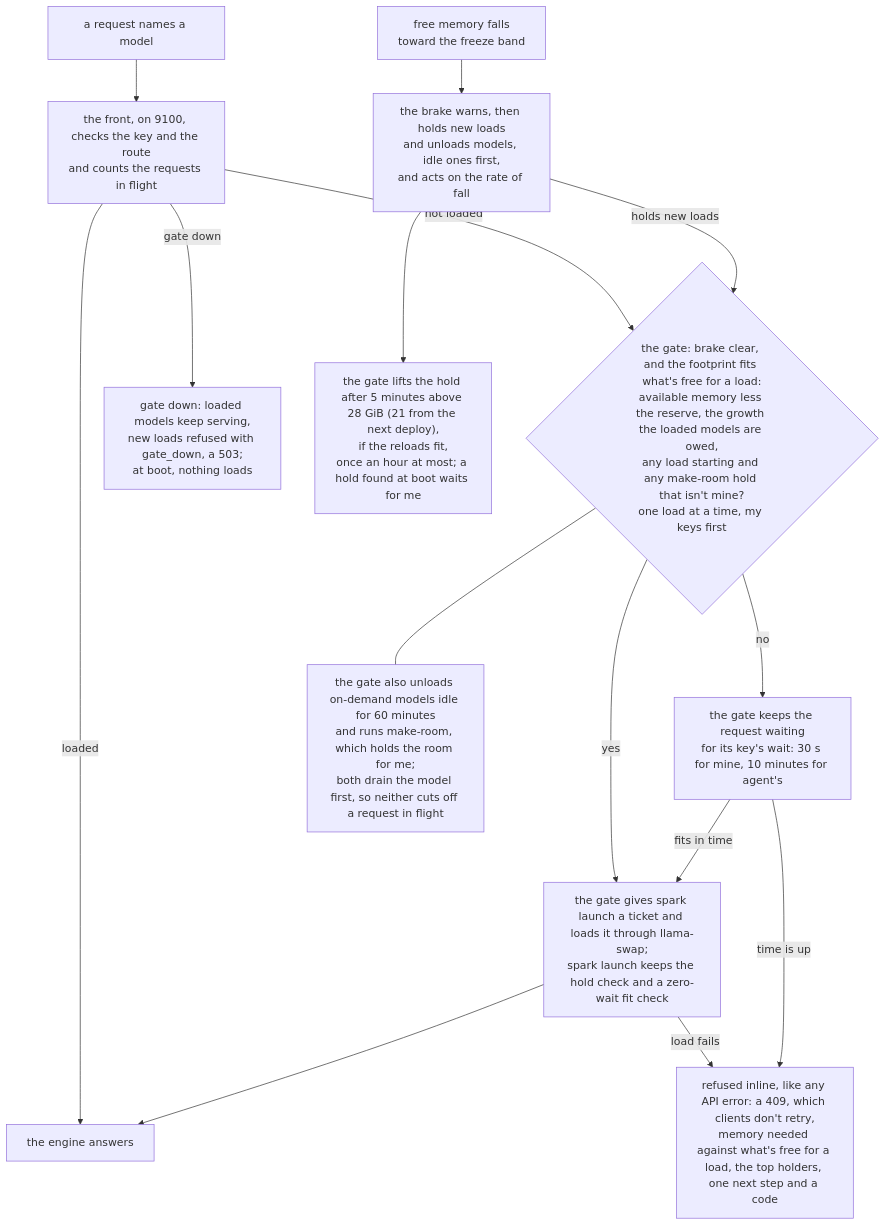
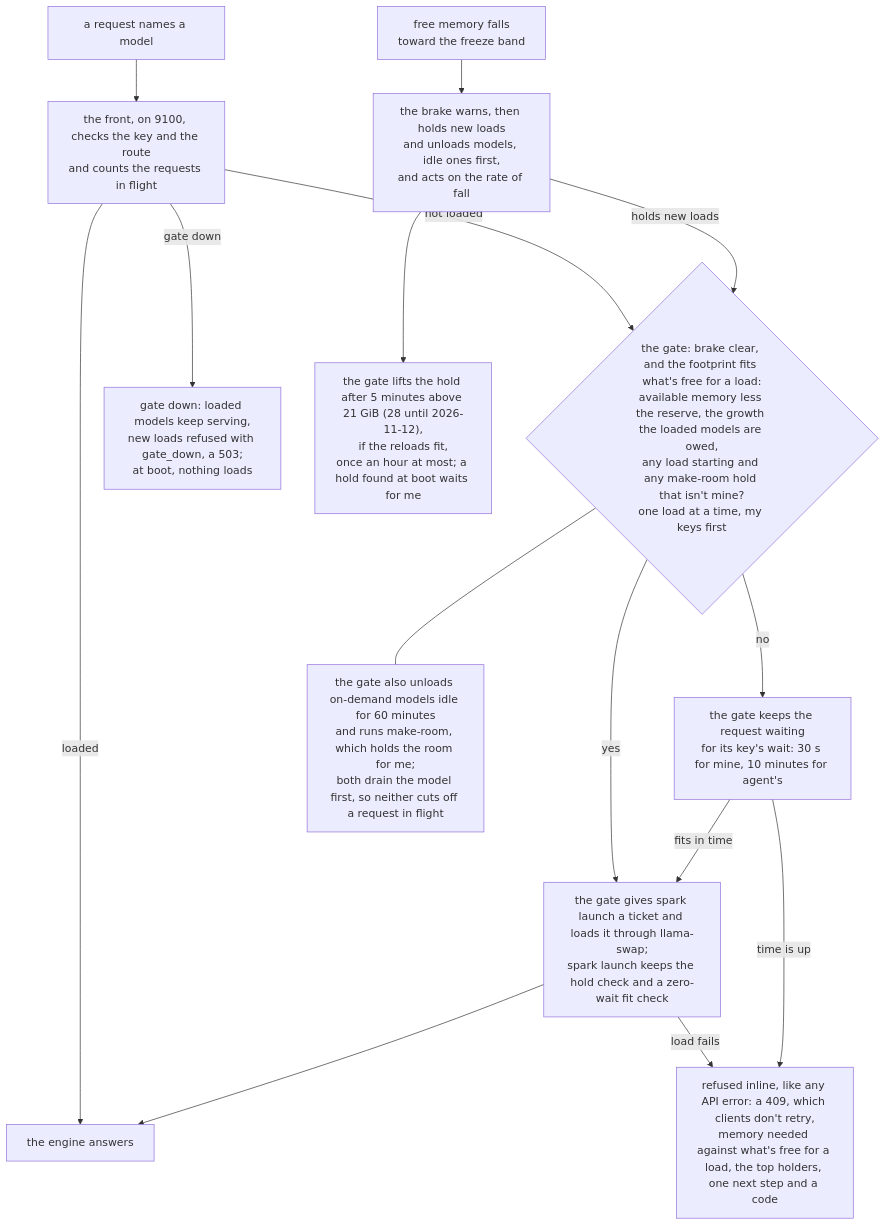
Before and after one commit to chendaniely/local-ai: the third of 4 diagrams in website/architecture.qmd, drawn with Mermaid. The commit also changed other lines of this file and 13 other files, not shown here.

````diff
--- a/website/architecture.qmd
+++ b/website/architecture.qmd
@@ -270,19 +275,19 @@
 ```{mermaid}
 flowchart TD
   classDef planned stroke-dasharray: 5 5
 
   req["a request names a model"] --> front["the front, on 9100, checks the key and the route<br/>and counts the requests in flight"]
   front -- loaded --> answer["the engine answers"]
   front -- "not loaded" --> ask{"the gate: brake clear, and the footprint fits what's free for a load:<br/>available memory less the reserve, the growth the loaded models are owed,<br/>any load starting and any make-room hold that isn't mine?<br/>one load at a time, my keys first"}
   front -- "gate down" --> gdown["gate down: loaded models keep serving,<br/>new loads refused with gate_down, a 503;<br/>at boot, nothing loads"]
   ask -- yes --> gload["the gate gives spark launch a ticket and loads it through llama-swap;<br/>spark launch keeps the hold check and a zero-wait fit check"]
   gload --> answer
   gload -- "load fails" --> inline["refused inline, like any API error: a 409, which clients don't retry,<br/>memory needed against what's free for a load, the top holders, one next step and a code"]
   ask -- no --> hold["the gate keeps the request waiting<br/>for its key's wait: 30 s for mine, 10 minutes for agent's"]
   hold -- "fits in time" --> gload
   hold -- "time is up" --> inline
   low["free memory falls<br/>toward the freeze band"] --> brake["the brake warns, then holds new loads<br/>and unloads models, idle ones first,<br/>and acts on the rate of fall"]
   brake -- "holds new loads" --> ask
-  brake --> release["the gate lifts the hold after 5 minutes above 28 GiB (21 from the next deploy),<br/>if the reloads fit,<br/>once an hour at most; a hold found at boot waits for me"]
+  brake --> release["the gate lifts the hold after 5 minutes above 21 GiB (28 until 2026-11-12),<br/>if the reloads fit,<br/>once an hour at most; a hold found at boot waits for me"]
   ask --- idle["the gate also unloads on-demand models idle for 60 minutes<br/>and runs make-room, which holds the room for me;<br/>both drain the model first, so neither cuts off a request in flight"]
 ```
````
